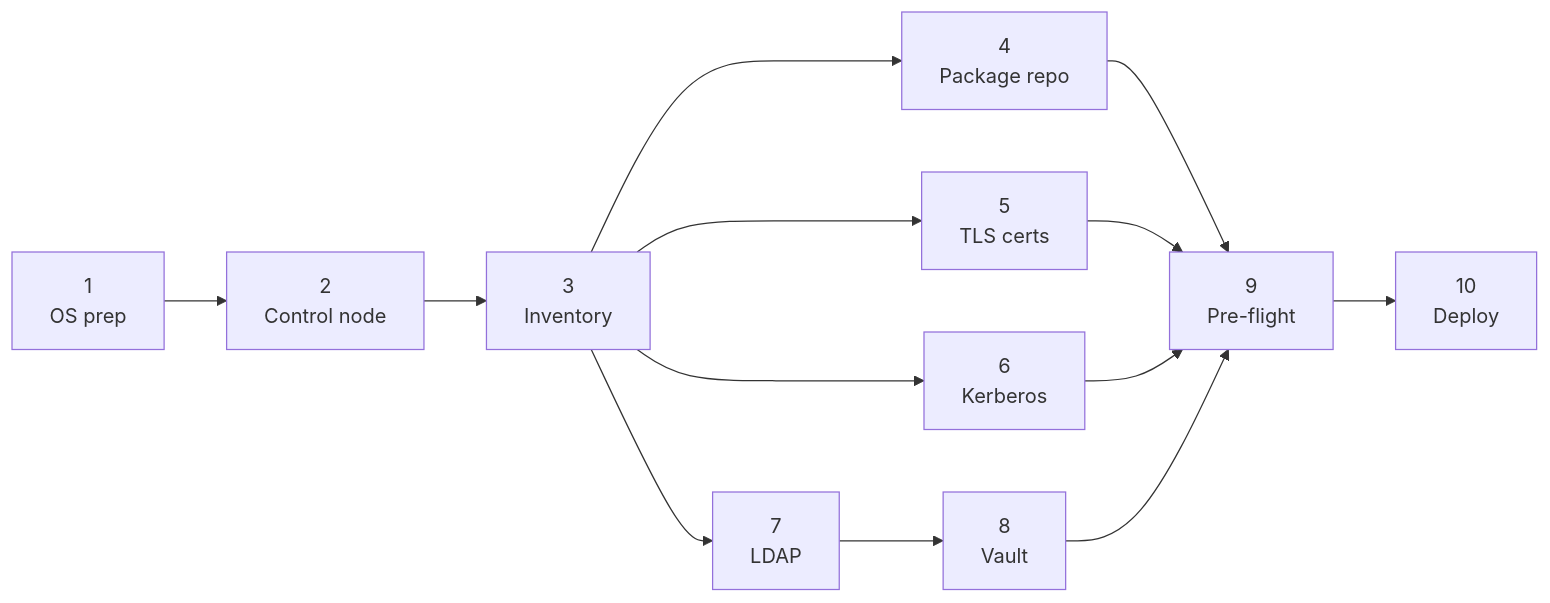
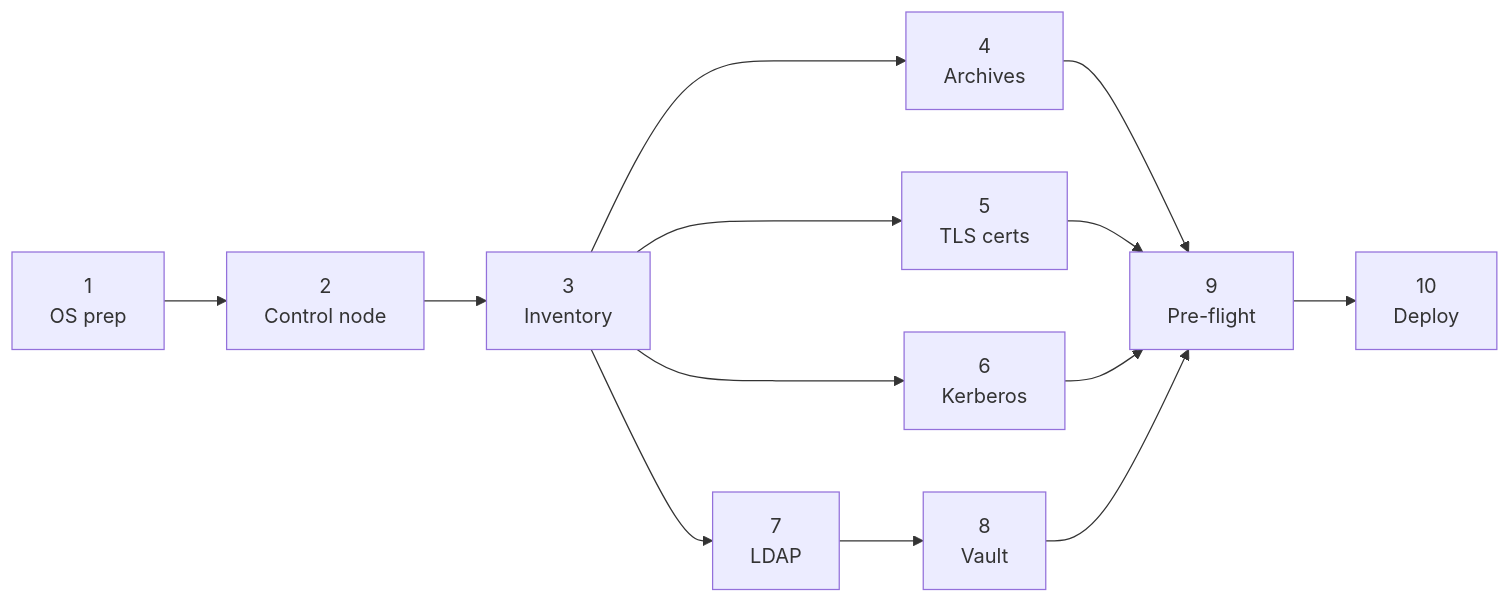
Before and after one commit to bunyaminonum/confluent-platform-lab: the third of 3 diagrams in README.md, drawn with Mermaid. The commit also changed other lines of this file and 10 other files, not shown here.

````diff
--- a/README.md
+++ b/README.md
@@ -185,14 +185,14 @@
 ```mermaid
 flowchart LR
     S1["1<br/>OS prep"] --> S2["2<br/>Control node"] --> S3["3<br/>Inventory"]
-    S3 --> S4["4<br/>Package repo"]
+    S3 --> S4["4<br/>Archives"]
     S3 --> S5["5<br/>TLS certs"]
     S3 --> S6["6<br/>Kerberos"]
     S3 --> S7["7<br/>LDAP"]
     S7 --> S8["8<br/>Vault"]
     S4 --> S9["9<br/>Pre-flight"]
     S5 --> S9
     S6 --> S9
     S8 --> S9
     S9 --> S10["10<br/>Deploy"]
 ```
````
